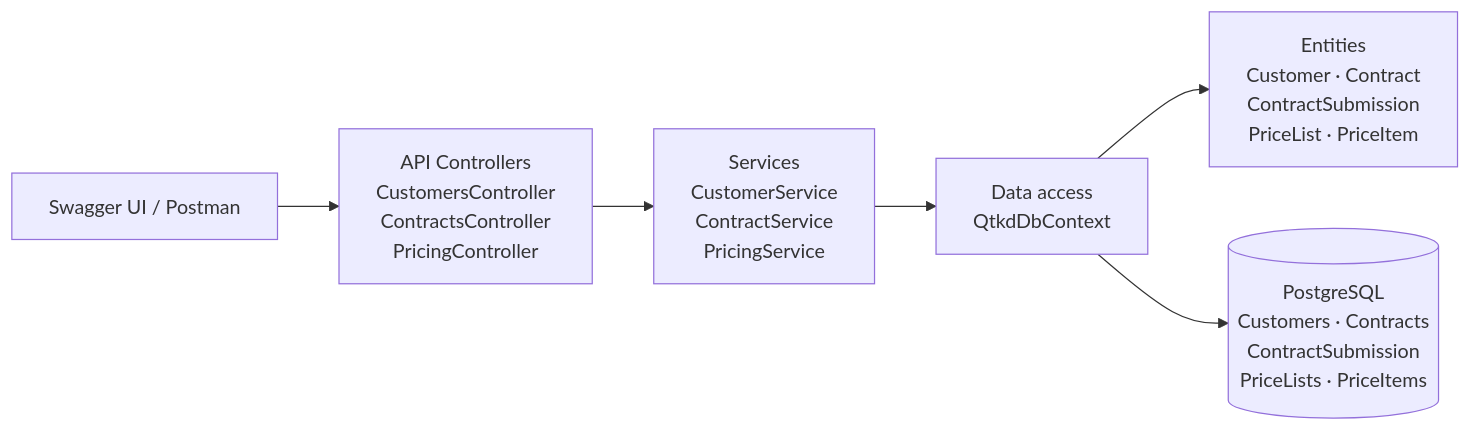
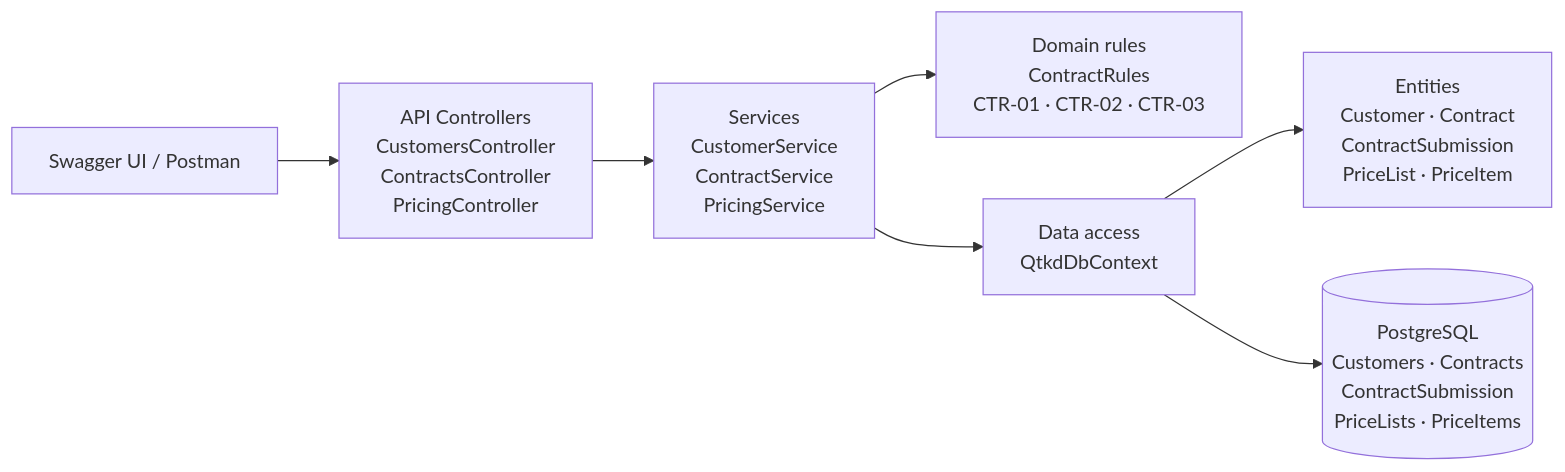
One commit to NguyenHoLe/QTKD-Phase2 changed the diagram in docs/architecture.md. Above: the diagram before and after it, drawn with Mermaid. The commit also changed other lines of this file and 3 other files, not shown here.

````diff
--- a/docs/architecture.md
+++ b/docs/architecture.md
@@ -3,8 +3,9 @@
 ```mermaid
 flowchart LR
     Client["Swagger UI / Postman"] --> Controllers["API Controllers<br/>CustomersController<br/>ContractsController<br/>PricingController"]
     Controllers --> Services["Services<br/>CustomerService<br/>ContractService<br/>PricingService"]
+    Services --> Rules["Domain rules<br/>ContractRules<br/>CTR-01 · CTR-02 · CTR-03"]
     Services --> DbContext["Data access<br/>QtkdDbContext"]
     DbContext --> Models["Entities<br/>Customer · Contract<br/>ContractSubmission<br/>PriceList · PriceItem"]
     DbContext --> Database[("PostgreSQL<br/>Customers · Contracts<br/>ContractSubmission<br/>PriceLists · PriceItems")]
 ```
````
